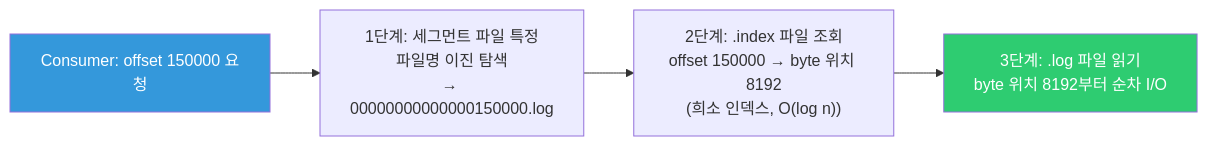
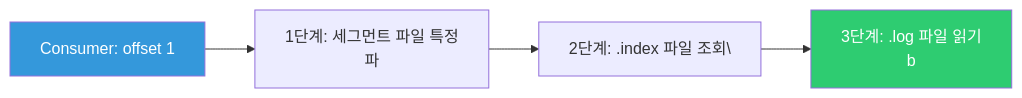
One commit to yjkim2015/yjkim2015.github.io changed the third of 8 diagrams in _posts/kafka/2026-05-01-kafka-broker-deep.md. Above: the diagram before and after it, drawn with Mermaid. The commit also changed other lines of this file and 271 other files, not shown here.

First line of the commit message:
Mermaid 라벨 축소: 긴 노드 텍스트 18자 이하로 트림 + \n 제거

````diff
--- a/_posts/kafka/2026-05-01-kafka-broker-deep.md
+++ b/_posts/kafka/2026-05-01-kafka-broker-deep.md
@@ -91,10 +91,10 @@
 ```mermaid
 flowchart LR
-    REQ["Consumer: offset 150000 요청"]
-    S1["1단계: 세그먼트 파일 특정\n파일명 이진 탐색\n→ 00000000000000150000.log"]
-    S2["2단계: .index 파일 조회\noffset 150000 → byte 위치 8192\n(희소 인덱스, O(log n))"]
-    S3["3단계: .log 파일 읽기\nbyte 위치 8192부터 순차 I/O"]
+    REQ["Consumer: offset 1"]
+    S1["1단계: 세그먼트 파일 특정\n파"]
+    S2["2단계: .index 파일 조회\"]
+    S3["3단계: .log 파일 읽기\nb"]
     REQ --> S1 --> S2 --> S3
     style REQ fill:#3498db,color:#fff
     style S3 fill:#2ecc71,color:#fff
 ```
````
